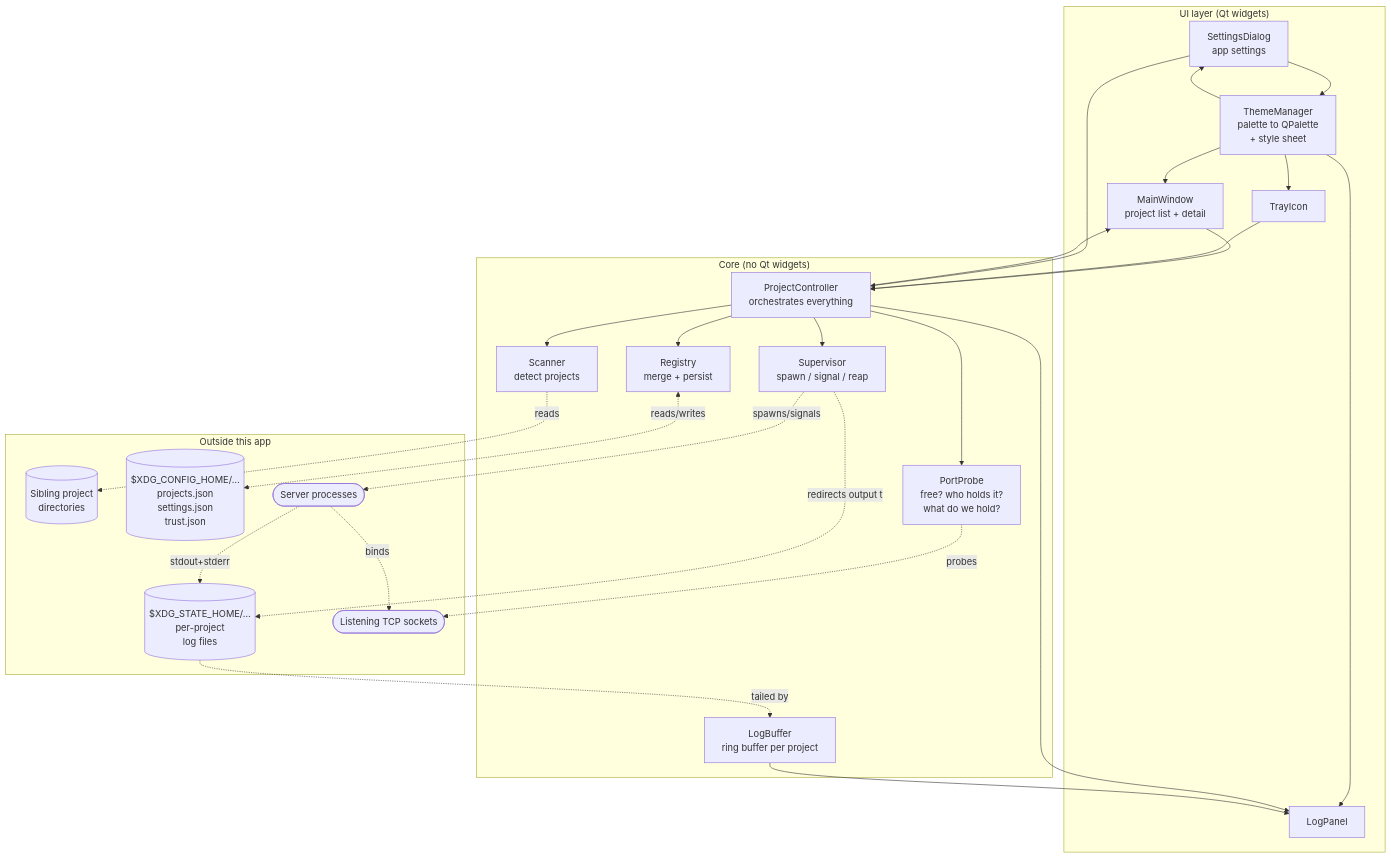
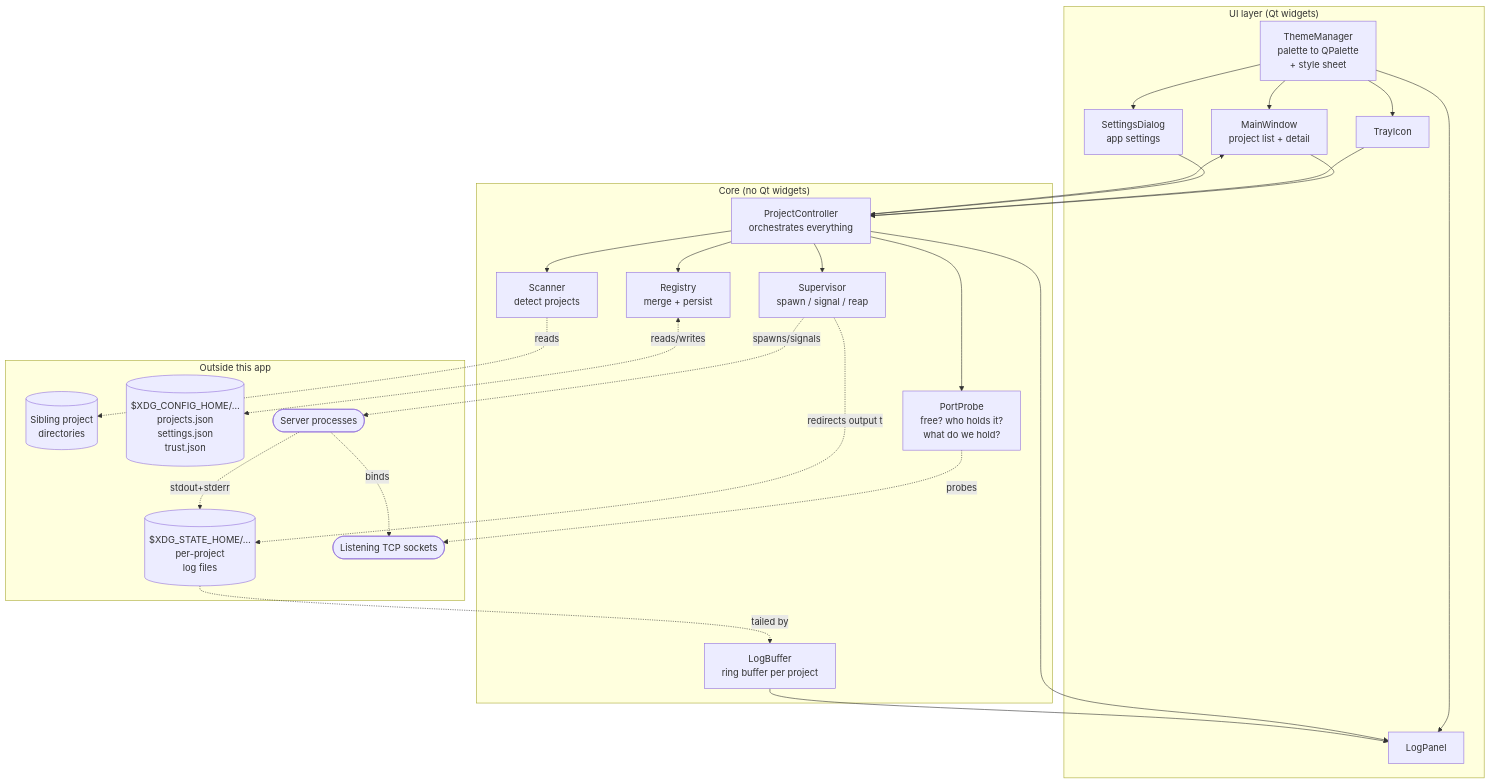
The diagram in docs/design.md (milnet01/LocalWebServerManager), drawn with Mermaid before and after one commit. The commit also changed other lines of this file, not shown here.

````diff
--- a/docs/design.md
+++ b/docs/design.md
@@ -52,53 +52,52 @@
 ```mermaid
 flowchart TB
     subgraph ui["UI layer (Qt widgets)"]
         MW[MainWindow<br/>project list + detail]
         LP[LogPanel]
         TR[TrayIcon]
         SD[SettingsDialog<br/>app settings]
         THM[ThemeManager<br/>palette to QPalette<br/>+ style sheet]
     end
 
     subgraph core["Core (no Qt widgets)"]
         CTL[ProjectController<br/>orchestrates everything]
         SUP[Supervisor<br/>spawn / signal / reap]
         PRB[PortProbe<br/>free? who holds it?<br/>what do we hold?]
         SCN[Scanner<br/>detect projects]
         REG[Registry<br/>merge + persist]
         LOG[LogBuffer<br/>ring buffer per project]
     end
 
     subgraph outside["Outside this app"]
         FS[(Sibling project<br/>directories)]
         CFG[("$XDG_CONFIG_HOME/…<br/>projects.json<br/>settings.json<br/>trust.json")]
         LOGF[("$XDG_STATE_HOME/…<br/>per-project<br/>log files")]
         PROC([Server processes])
         NET([Listening TCP sockets])
     end
 
     MW --> CTL
     TR --> CTL
     SD --> CTL
-    SD --> THM
     THM --> MW
     THM --> LP
     THM --> TR
     THM --> SD
     CTL --> LP
     CTL --> MW
 
     CTL --> SUP
     CTL --> PRB
     CTL --> SCN
     CTL --> REG
     LOG --> LP
 
     SCN -.reads.-> FS
     REG <-.reads/writes.-> CFG
     SUP -.spawns/signals.-> PROC
     SUP -.redirects output to.-> LOGF
     PROC -.stdout+stderr.-> LOGF
     LOGF -.tailed by.-> LOG
     PRB -.probes.-> NET
     PROC -.binds.-> NET
 ```
````
